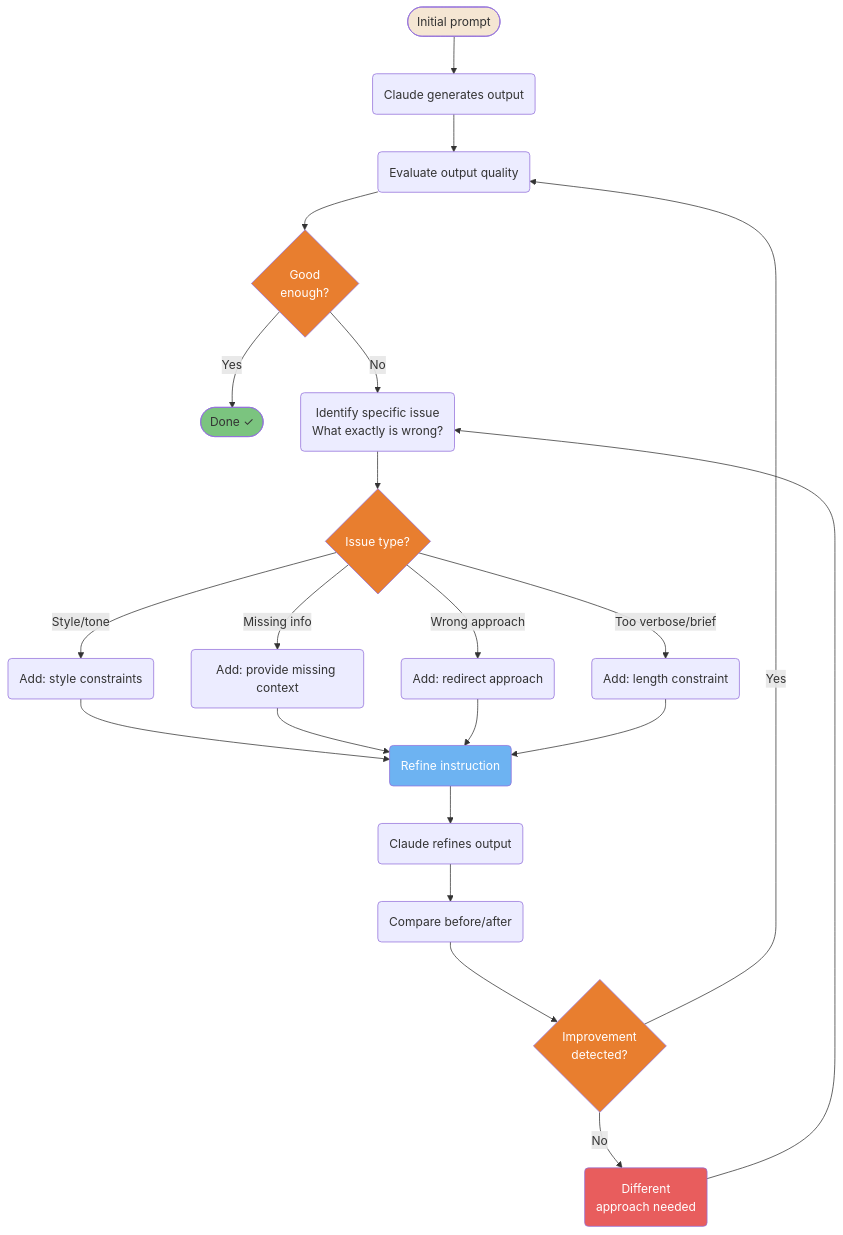
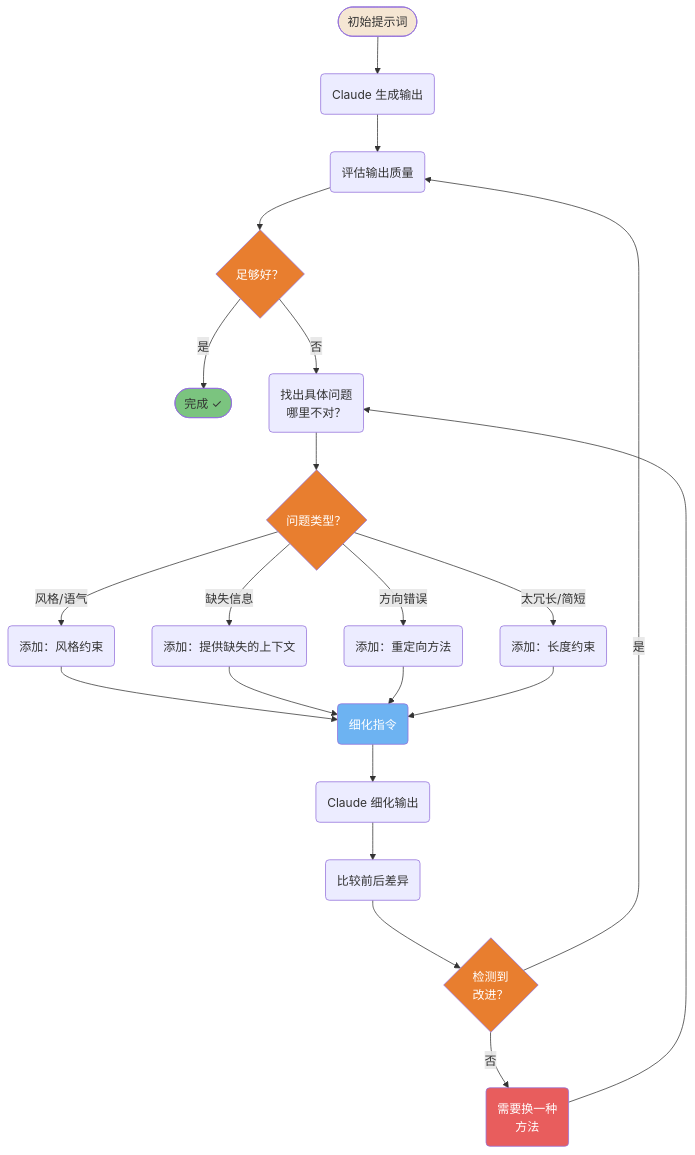
One commit to lawrencewzen/aispark-wiki changed the fourth of 5 diagrams in claude-code/diagrams/06-development-workflows.md. Above: the diagram before and after it, drawn with Mermaid. The commit also changed other lines of this file and 82 other files, not shown here.

First line of the commit message:
feat: 完成 claude-code/ 目录全量中文翻译

````diff
--- a/claude-code/diagrams/06-development-workflows.md
+++ b/claude-code/diagrams/06-development-workflows.md
@@ -247,48 +247,48 @@
 ```mermaid
 flowchart TD
-    A([Initial prompt]) --> B(Claude generates output)
-    B --> C(Evaluate output quality)
-    C --> D{Good<br/>enough?}
-    D -->|Yes| E([Done ✓])
-    D -->|No| F(Identify specific issue<br/>What exactly is wrong?)
-    F --> G{Issue type?}
-    G -->|Style/tone| H(Add: style constraints)
-    G -->|Missing info| I(Add: provide missing context)
-    G -->|Wrong approach| J(Add: redirect approach)
-    G -->|Too verbose/brief| K(Add: length constraint)
-    H --> L(Refine instruction)
+    A([初始提示词]) --> B(Claude 生成输出)
+    B --> C(评估输出质量)
+    C --> D{足够好？}
+    D -->|是| E([完成 ✓])
+    D -->|否| F(找出具体问题<br/>哪里不对？)
+    F --> G{问题类型？}
+    G -->|风格/语气| H(添加：风格约束)
+    G -->|缺失信息| I(添加：提供缺失的上下文)
+    G -->|方向错误| J(添加：重定向方法)
+    G -->|太冗长/简短| K(添加：长度约束)
+    H --> L(细化指令)
     I --> L
     J --> L
     K --> L
-    L --> M(Claude refines output)
-    M --> N(Compare before/after)
-    N --> O{Improvement<br/>detected?}
-    O -->|Yes| C
-    O -->|No| P(Different<br/>approach needed)
+    L --> M(Claude 细化输出)
+    M --> N(比较前后差异)
+    N --> O{检测到<br/>改进？}
+    O -->|是| C
+    O -->|否| P(需要换一种<br/>方法)
     P --> F
 
     style A fill:#F5E6D3,color:#333
     style D fill:#E87E2F,color:#fff
     style G fill:#E87E2F,color:#fff
     style O fill:#E87E2F,color:#fff
     style E fill:#7BC47F,color:#333
     style L fill:#6DB3F2,color:#fff
     style P fill:#E85D5D,color:#fff
 
-    click A href "https://github.com/claude-code-ultimate-guide/claude-code-ultimate-guide/blob/main/guide/workflows/iterative-refinement.md" "Initial prompt"
-    click B href "https://github.com/claude-code-ultimate-guide/claude-code-ultimate-guide/blob/main/guide/workflows/iterative-refinement.md" "Claude generates output"
-    click C href "https://github.com/claude-code-ultimate-guide/claude-code-ultimate-guide/blob/main/guide/workflows/iterative-refinement.md" "Evaluate output quality"
-    click D href "https://github.com/claude-code-ultimate-guide/claude-code-ultimate-guide/blob/main/guide/workflows/iterative-refinement.md" "Good enough?"
-    click E href "https://github.com/claude-code-ultimate-guide/claude-code-ultimate-guide/blob/main/guide/workflows/iterative-refinement.md" "Done ✓"
-    click F href "https://github.com/claude-code-ultimate-guide/claude-code-ultimate-guide/blob/main/guide/workflows/iterative-refinement.md" "Identify specific issue"
-    click G href "https://github.com/claude-code-ultimate-guide/claude-code-ultimate-guide/blob/main/guide/workflows/iterative-refinement.md" "Issue type?"
-    click H href "https://github.com/claude-code-ultimate-guide/claude-code-ultimate-guide/blob/main/guide/workflows/iterative-refinement.md" "Add style constraints"
-    click I href "https://github.com/claude-code-ultimate-guide/claude-code-ultimate-guide/blob/main/guide/workflows/iterative-refinement.md" "Provide missing context"
-    click J href "https://github.com/claude-code-ultimate-guide/claude-code-ultimate-guide/blob/main/guide/workflows/iterative-refinement.md" "Redirect approach"
-    click K href "https://github.com/claude-code-ultimate-guide/claude-code-ultimate-guide/blob/main/guide/workflows/iterative-refinement.md" "Add length constraint"
-    click L href "https://github.com/claude-code-ultimate-guide/claude-code-ultimate-guide/blob/main/guide/workflows/iterative-refinement.md" "Refine instruction"
-    click M href "https://github.com/claude-code-ultimate-guide/claude-code-ultimate-guide/blob/main/guide/workflows/iterative-refinement.md" "Claude refines output"
-    click N href "https://github.com/claude-code-ultimate-guide/claude-code-ultimate-guide/blob/main/guide/workflows/iterative-refinement.md" "Compare before/after"
-    click O href "https://github.com/claude-code-ultimate-guide/claude-code-ultimate-guide/blob/main/guide/workflows/iterative-refinement.md" "Improvement detected?"
-    click P href "https://github.com/claude-code-ultimate-guide/claude-code-ultimate-guide/blob/main/guide/workflows/iterative-refinement.md" "Different approach needed"
+    click A href "https://github.com/claude-code-ultimate-guide/claude-code-ultimate-guide/blob/main/guide/workflows/iterative-refinement.md" "初始提示词"
+    click B href "https://github.com/claude-code-ultimate-guide/claude-code-ultimate-guide/blob/main/guide/workflows/iterative-refinement.md" "Claude 生成输出"
+    click C href "https://github.com/claude-code-ultimate-guide/claude-code-ultimate-guide/blob/main/guide/workflows/iterative-refinement.md" "评估输出质量"
+    click D href "https://github.com/claude-code-ultimate-guide/claude-code-ultimate-guide/blob/main/guide/workflows/iterative-refinement.md" "足够好？"
+    click E href "https://github.com/claude-code-ultimate-guide/claude-code-ultimate-guide/blob/main/guide/workflows/iterative-refinement.md" "完成 ✓"
+    click F href "https://github.com/claude-code-ultimate-guide/claude-code-ultimate-guide/blob/main/guide/workflows/iterative-refinement.md" "找出具体问题"
+    click G href "https://github.com/claude-code-ultimate-guide/claude-code-ultimate-guide/blob/main/guide/workflows/iterative-refinement.md" "问题类型？"
+    click H href "https://github.com/claude-code-ultimate-guide/claude-code-ultimate-guide/blob/main/guide/workflows/iterative-refinement.md" "添加风格约束"
+    click I href "https://github.com/claude-code-ultimate-guide/claude-code-ultimate-guide/blob/main/guide/workflows/iterative-refinement.md" "提供缺失上下文"
+    click J href "https://github.com/claude-code-ultimate-guide/claude-code-ultimate-guide/blob/main/guide/workflows/iterative-refinement.md" "重定向方法"
+    click K href "https://github.com/claude-code-ultimate-guide/claude-code-ultimate-guide/blob/main/guide/workflows/iterative-refinement.md" "添加长度约束"
+    click L href "https://github.com/claude-code-ultimate-guide/claude-code-ultimate-guide/blob/main/guide/workflows/iterative-refinement.md" "细化指令"
+    click M href "https://github.com/claude-code-ultimate-guide/claude-code-ultimate-guide/blob/main/guide/workflows/iterative-refinement.md" "Claude 细化输出"
+    click N href "https://github.com/claude-code-ultimate-guide/claude-code-ultimate-guide/blob/main/guide/workflows/iterative-refinement.md" "比较前后差异"
+    click O href "https://github.com/claude-code-ultimate-guide/claude-code-ultimate-guide/blob/main/guide/workflows/iterative-refinement.md" "检测到改进？"
+    click P href "https://github.com/claude-code-ultimate-guide/claude-code-ultimate-guide/blob/main/guide/workflows/iterative-refinement.md" "需要换一种方法"
 ```
````
